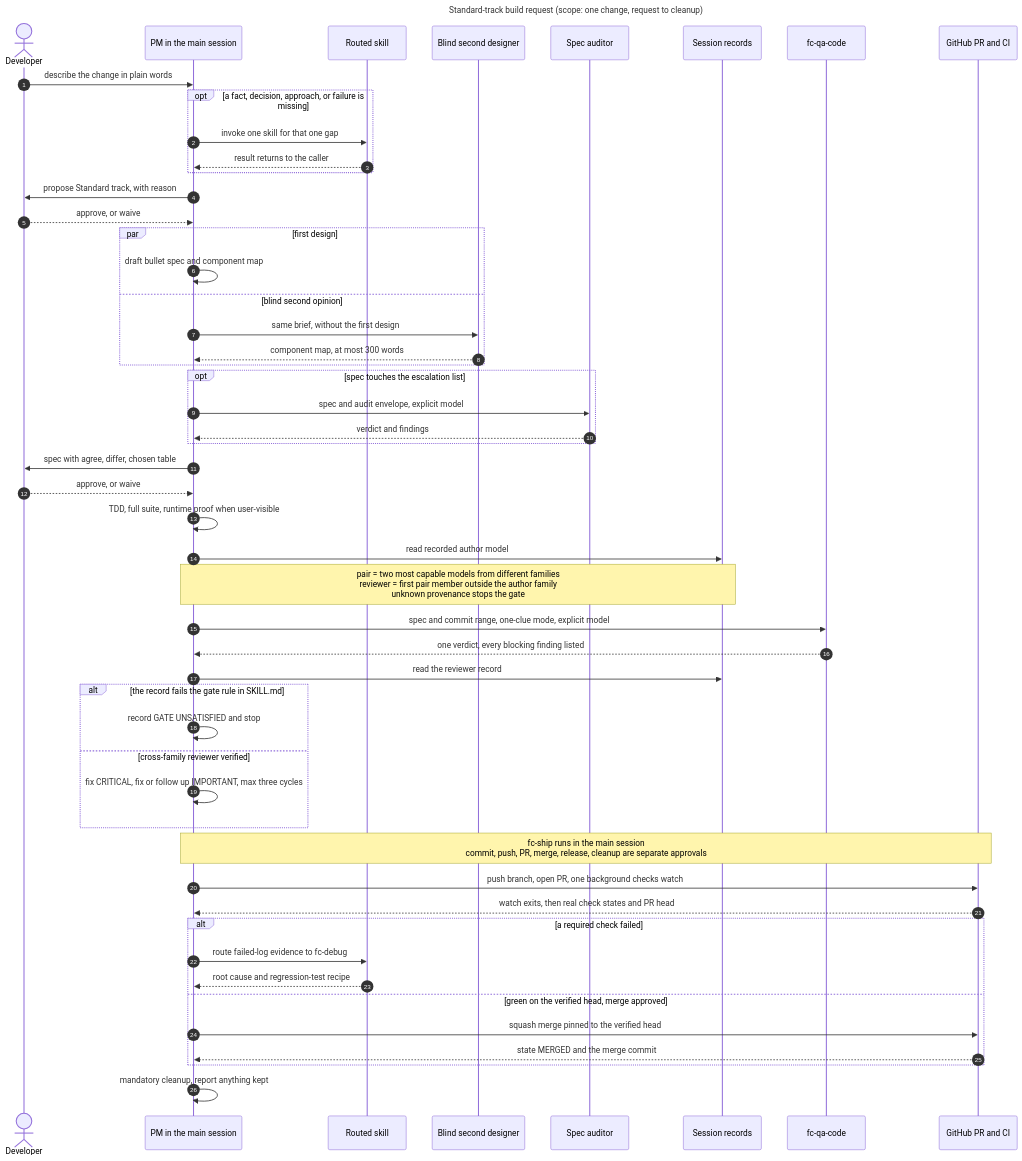
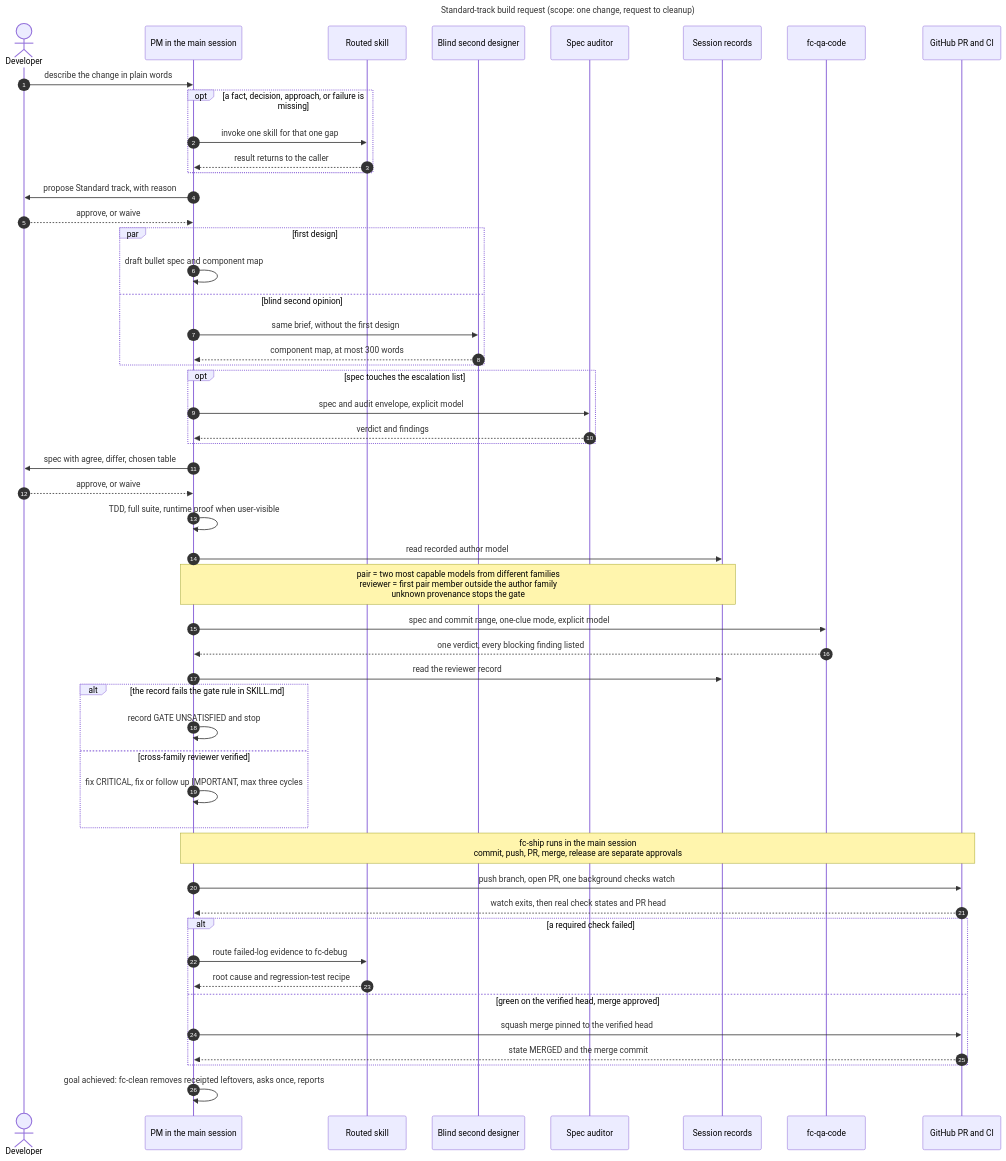
One commit to D0n9X1n/feature-crew changed the second of 2 diagrams in wiki/Architecture.md. Above: the diagram before and after it, drawn with Mermaid. The commit also changed other lines of this file and 15 other files, not shown here.

First line of the commit message:
feat: add /fc-clean to remove a finished goal's leftovers, never mid-goal (#67)

````diff
--- a/wiki/Architecture.md
+++ b/wiki/Architecture.md
@@ -73,56 +76,56 @@
 ```mermaid
 ---
 title: "Standard-track build request (scope: one change, request to cleanup)"
 ---
 sequenceDiagram
     autonumber
     actor Dev as Developer
     participant PM as PM in the main session
     participant Sub as Routed skill
     participant SD as Blind second designer
     participant Aud as Spec auditor
     participant Rec as Session records
     participant QA as fc-qa-code
     participant GH as GitHub PR and CI
     Dev->>PM: describe the change in plain words
     opt a fact, decision, approach, or failure is missing
         PM->>Sub: invoke one skill for that one gap
         Sub-->>PM: result returns to the caller
     end
     PM->>Dev: propose Standard track, with reason
     Dev-->>PM: approve, or waive
     par first design
         PM->>PM: draft bullet spec and component map
     and blind second opinion
         PM->>SD: same brief, without the first design
         SD-->>PM: component map, at most 300 words
     end
     opt spec touches the escalation list
         PM->>Aud: spec and audit envelope, explicit model
         Aud-->>PM: verdict and findings
     end
     PM->>Dev: spec with agree, differ, chosen table
     Dev-->>PM: approve, or waive
     PM->>PM: TDD, full suite, runtime proof when user-visible
     PM->>Rec: read recorded author model
     Note over PM,Rec: pair = two most capable models from different families<br/>reviewer = first pair member outside the author family<br/>unknown provenance stops the gate
     PM->>QA: spec and commit range, one-clue mode, explicit model
     QA-->>PM: one verdict, every blocking finding listed
     PM->>Rec: read the reviewer record
     alt the record fails the gate rule in SKILL.md
         PM->>PM: record GATE UNSATISFIED and stop
     else cross-family reviewer verified
         PM->>PM: fix CRITICAL, fix or follow up IMPORTANT, max three cycles
     end
-    Note over PM,GH: fc-ship runs in the main session<br/>commit, push, PR, merge, release, cleanup are separate approvals
+    Note over PM,GH: fc-ship runs in the main session<br/>commit, push, PR, merge, release are separate approvals
     PM->>GH: push branch, open PR, one background checks watch
     GH-->>PM: watch exits, then real check states and PR head
     alt a required check failed
         PM->>Sub: route failed-log evidence to fc-debug
         Sub-->>PM: root cause and regression-test recipe
     else green on the verified head, merge approved
         PM->>GH: squash merge pinned to the verified head
         GH-->>PM: state MERGED and the merge commit
     end
-    PM->>PM: mandatory cleanup, report anything kept
+    PM->>PM: goal achieved: fc-clean removes receipted leftovers, asks once, reports
 ```
````
